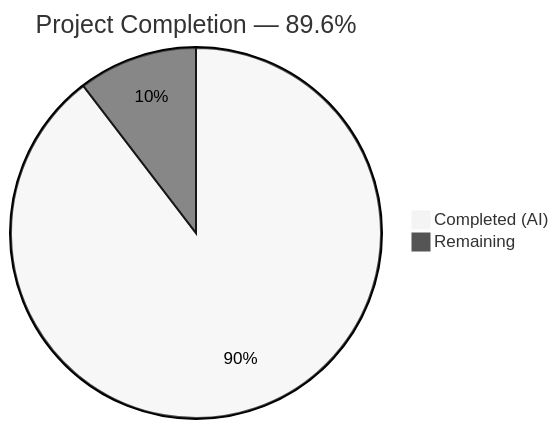
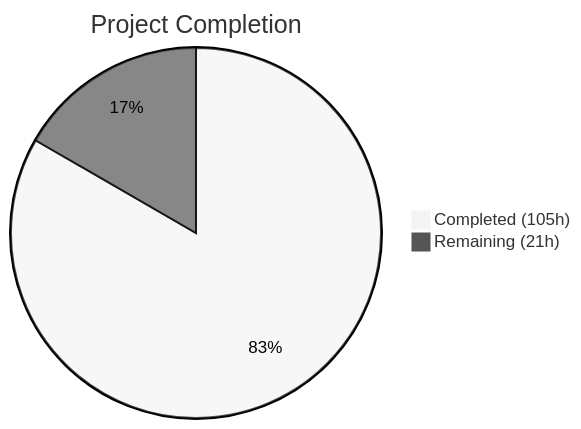
One commit to Blitzy-Sandbox/blitzy-RudderStack changed the first of 2 diagrams in blitzy/documentation/Project Guide.md. Above: the diagram before and after it, drawn with Mermaid (neutral theme). The commit also changed other lines of this file, not shown here.

Commit message:
Adding Blitzy Project Guide: Project Status and Human Tasks Remaining

````diff
--- a/blitzy/documentation/Project Guide.md
+++ b/blitzy/documentation/Project Guide.md
@@ -13,5 +13,5 @@
 ```mermaid
-pie title Project Completion — 89.6%
-    "Completed (AI)" : 155
-    "Remaining" : 18
+pie title Project Completion
+    "Completed (105h)" : 105
+    "Remaining (21h)" : 21
 ```
````
